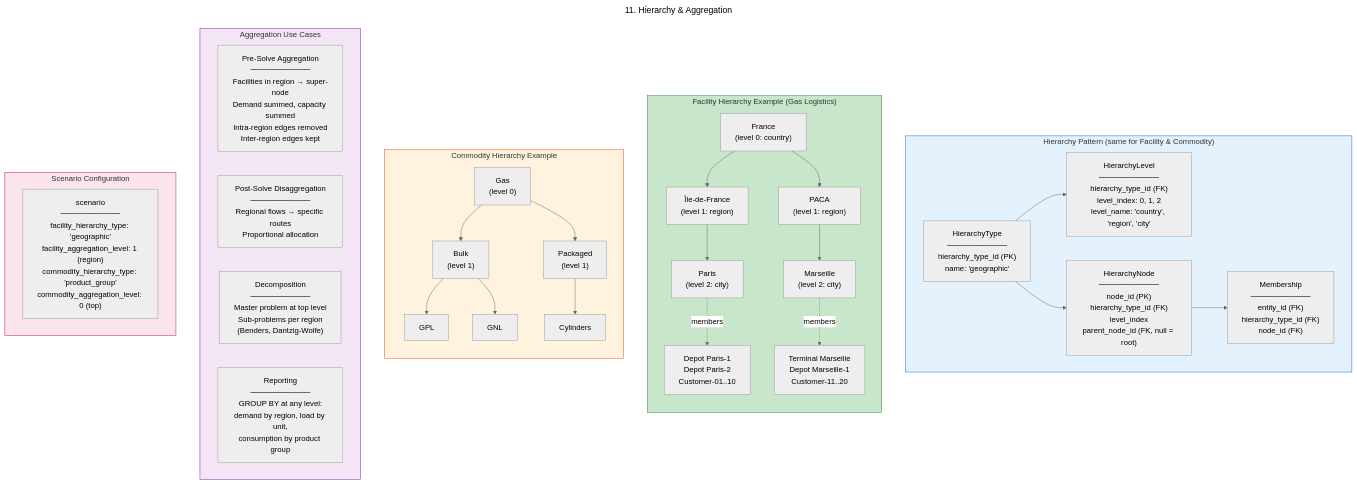
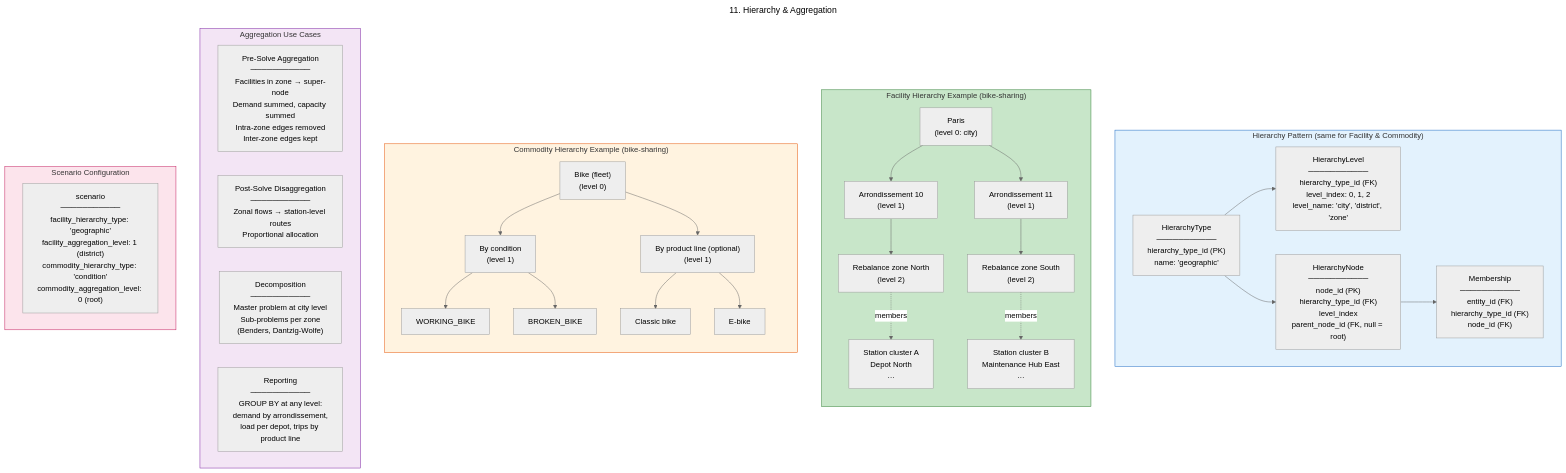
Before and after one commit to vlzm/GFDRR: the diagram in docs/diagrams/11_hierarchy_aggregation.mermaid, drawn with Mermaid (neutral theme). The commit also changed 8 other files, not shown here.

First line of the commit message:
feat(docs): update architecture and data model documentation for bike-sharing

```diff
--- a/docs/diagrams/11_hierarchy_aggregation.mermaid
+++ b/docs/diagrams/11_hierarchy_aggregation.mermaid
@@ -1,70 +1,72 @@
 ---
 title: "11. Hierarchy & Aggregation"
 ---
 
 flowchart TB
     subgraph Pattern["Hierarchy Pattern (same for Facility & Commodity)"]
         HType["HierarchyType<br/>───────────<br/>hierarchy_type_id (PK)<br/>name: 'geographic'"]
-        HLevel["HierarchyLevel<br/>───────────<br/>hierarchy_type_id (FK)<br/>level_index: 0, 1, 2<br/>level_name: 'country', 'region', 'city'"]
+        HLevel["HierarchyLevel<br/>───────────<br/>hierarchy_type_id (FK)<br/>level_index: 0, 1, 2<br/>level_name: 'city', 'district', 'zone'"]
         HNode["HierarchyNode<br/>───────────<br/>node_id (PK)<br/>hierarchy_type_id (FK)<br/>level_index<br/>parent_node_id (FK, null = root)"]
         HMember["Membership<br/>───────────<br/>entity_id (FK)<br/>hierarchy_type_id (FK)<br/>node_id (FK)"]
         HType --> HLevel
         HType --> HNode
         HNode --> HMember
     end
 
-    subgraph FacilityHierarchy["Facility Hierarchy Example (Gas Logistics)"]
+    subgraph FacilityHierarchy["Facility Hierarchy Example (bike-sharing)"]
         direction TB
-        France["France<br/>(level 0: country)"]
-        IDF["Île-de-France<br/>(level 1: region)"]
-        PACA["PACA<br/>(level 1: region)"]
-        Paris["Paris<br/>(level 2: city)"]
-        Marseille["Marseille<br/>(level 2: city)"]
-        
-        France --> IDF
-        France --> PACA
-        IDF --> Paris
-        PACA --> Marseille
-        
-        Paris -.->|"members"| D1F["Depot Paris-1<br/>Depot Paris-2<br/>Customer-01..10"]
-        Marseille -.->|"members"| D2F["Terminal Marseille<br/>Depot Marseille-1<br/>Customer-11..20"]
+        City["Paris<br/>(level 0: city)"]
+        Arr1["Arrondissement 10<br/>(level 1)"]
+        Arr2["Arrondissement 11<br/>(level 1)"]
+        Z1["Rebalance zone North<br/>(level 2)"]
+        Z2["Rebalance zone South<br/>(level 2)"]
+
+        City --> Arr1
+        City --> Arr2
+        Arr1 --> Z1
+        Arr2 --> Z2
+
+        Z1 -.->|"members"| D1F["Station cluster A<br/>Depot North<br/>…"]
+        Z2 -.->|"members"| D2F["Station cluster B<br/>Maintenance Hub East<br/>…"]
     end
 
-    subgraph CommodityHierarchy["Commodity Hierarchy Example"]
+    subgraph CommodityHierarchy["Commodity Hierarchy Example (bike-sharing)"]
         direction TB
-        Gas["Gas<br/>(level 0)"]
-        Bulk["Bulk<br/>(level 1)"]
-        Packaged["Packaged<br/>(level 1)"]
-        GPL["GPL"]
-        GNL["GNL"]
-        Cylinders["Cylinders"]
-        
-        Gas --> Bulk
-        Gas --> Packaged
-        Bulk --> GPL
-        Bulk --> GNL
-        Packaged --> Cylinders
+        Bike["Bike (fleet)<br/>(level 0)"]
+        Cond["By condition<br/>(level 1)"]
+        Prod["By product line (optional)<br/>(level 1)"]
+        WB["WORKING_BIKE"]
+        BB["BROKEN_BIKE"]
+        Classic["Classic bike"]
+        EBike["E-bike"]
+
+        Bike --> Cond
+        Bike --> Prod
+        Cond --> WB
+        Cond --> BB
+        Prod --> Classic
+        Prod --> EBike
     end
 
     subgraph Aggregation["Aggregation Use Cases"]
-        PreSolve["Pre-Solve Aggregation<br/>───────────<br/>Facilities in region → super-node<br/>Demand summed, capacity summed<br/>Intra-region edges removed<br/>Inter-region edges kept"]
-        PostSolve["Post-Solve Disaggregation<br/>───────────<br/>Regional flows → specific routes<br/>Proportional allocation"]
-        Decomposition["Decomposition<br/>───────────<br/>Master problem at top level<br/>Sub-problems per region<br/>(Benders, Dantzig-Wolfe)"]
-        Reporting["Reporting<br/>───────────<br/>GROUP BY at any level:<br/>demand by region, load by unit,<br/>consumption by product group"]
+        PreSolve["Pre-Solve Aggregation<br/>───────────<br/>Facilities in zone → super-node<br/>Demand summed, capacity summed<br/>Intra-zone edges removed<br/>Inter-zone edges kept"]
+        PostSolve["Post-Solve Disaggregation<br/>───────────<br/>Zonal flows → station-level routes<br/>Proportional allocation"]
+        Decomposition["Decomposition<br/>───────────<br/>Master problem at city level<br/>Sub-problems per zone<br/>(Benders, Dantzig-Wolfe)"]
+        Reporting["Reporting<br/>───────────<br/>GROUP BY at any level:<br/>demand by arrondissement,<br/>load per depot, trips by product line"]
     end
 
     subgraph ScenarioConfig["Scenario Configuration"]
-        SC["scenario<br/>───────────<br/>facility_hierarchy_type: 'geographic'<br/>facility_aggregation_level: 1 (region)<br/>commodity_hierarchy_type: 'product_group'<br/>commodity_aggregation_level: 0 (top)"]
+        SC["scenario<br/>───────────<br/>facility_hierarchy_type: 'geographic'<br/>facility_aggregation_level: 1 (district)<br/>commodity_hierarchy_type: 'condition'<br/>commodity_aggregation_level: 0 (root)"]
     end
 
     classDef pattern fill:#e3f2fd,stroke:#1565c0
     classDef fachier fill:#c8e6c9,stroke:#2e7d32
     classDef comhier fill:#fff3e0,stroke:#e65100
     classDef agg fill:#f3e5f5,stroke:#7b1fa2
     classDef scenario fill:#fce4ec,stroke:#c2185b
 
     class Pattern pattern
     class FacilityHierarchy fachier
     class CommodityHierarchy comhier
     class Aggregation agg
     class ScenarioConfig scenario
```
